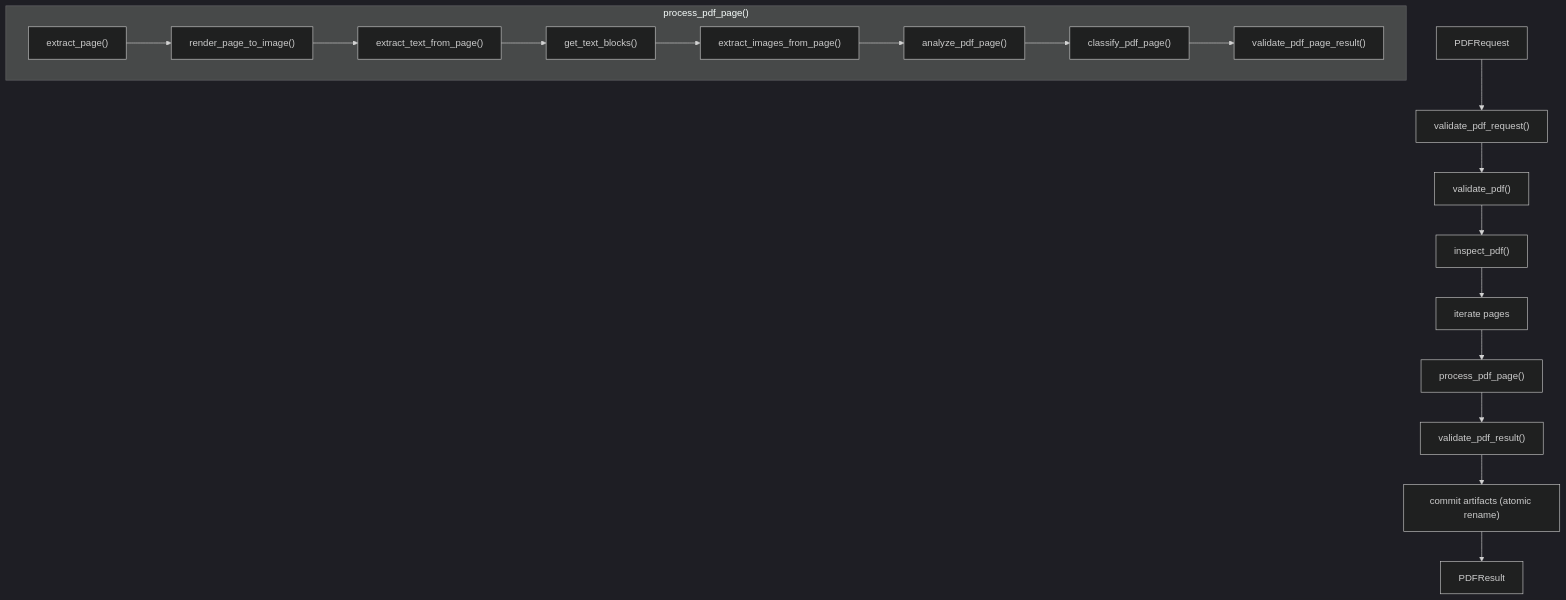
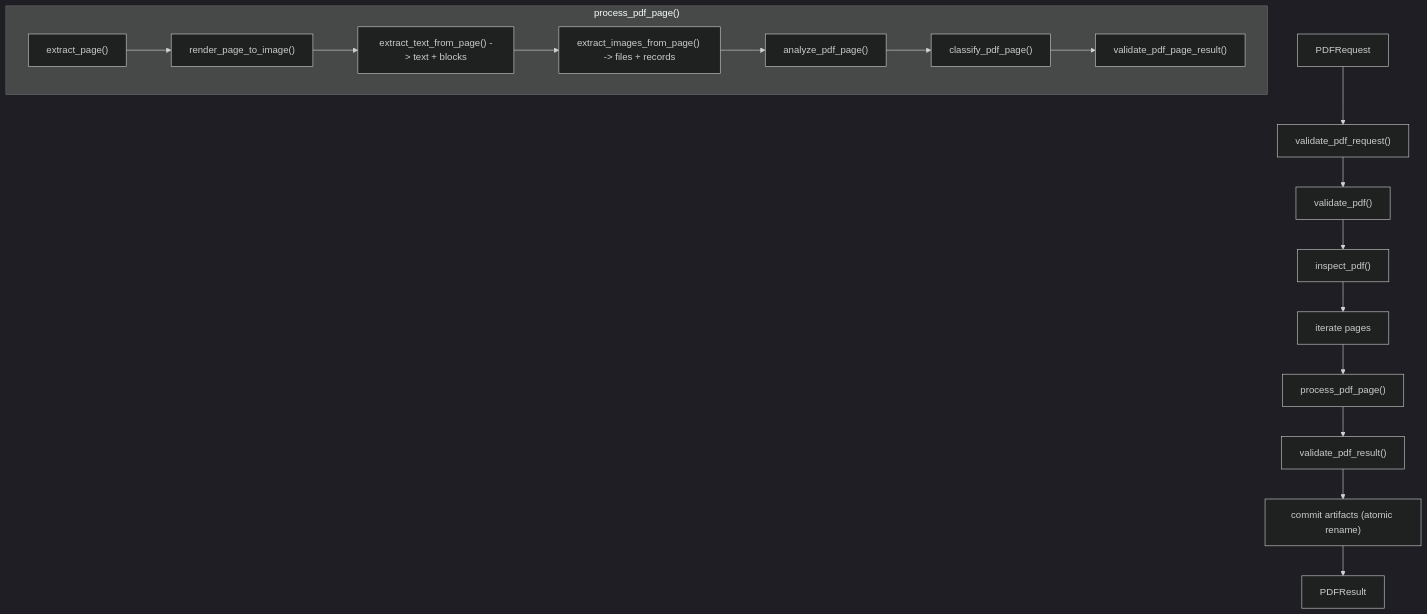
Before and after one commit to mariogarcia-ar/docflow: the diagram in docs/plan/subplan-procesador-pdf.md, drawn with Mermaid (dark theme). The commit also changed other lines of this file and 12 other files, not shown here.

````diff
--- a/docs/plan/subplan-procesador-pdf.md
+++ b/docs/plan/subplan-procesador-pdf.md
@@ -108,21 +108,20 @@
 ```mermaid
 flowchart TD
     A["PDFRequest"] --> B["validate_pdf_request()"]
     B --> C["validate_pdf()"]
     C --> D["inspect_pdf()"]
     D --> E["iterate pages"]
     E --> F["process_pdf_page()"]
     F --> G["validate_pdf_result()"]
     G --> H["commit artifacts (atomic rename)"]
     H --> I["PDFResult"]
 
     subgraph PP["process_pdf_page()"]
         F1["extract_page()"] --> F2["render_page_to_image()"]
-        F2 --> F3["extract_text_from_page()"]
-        F3 --> F4["get_text_blocks()"]
-        F4 --> F5["extract_images_from_page()"]
+        F2 --> F3["extract_text_from_page() -> text + blocks"]
+        F3 --> F5["extract_images_from_page() -> files + records"]
         F5 --> F6["analyze_pdf_page()"]
         F6 --> F7["classify_pdf_page()"]
         F7 --> F8["validate_pdf_page_result()"]
     end
 ```
````
